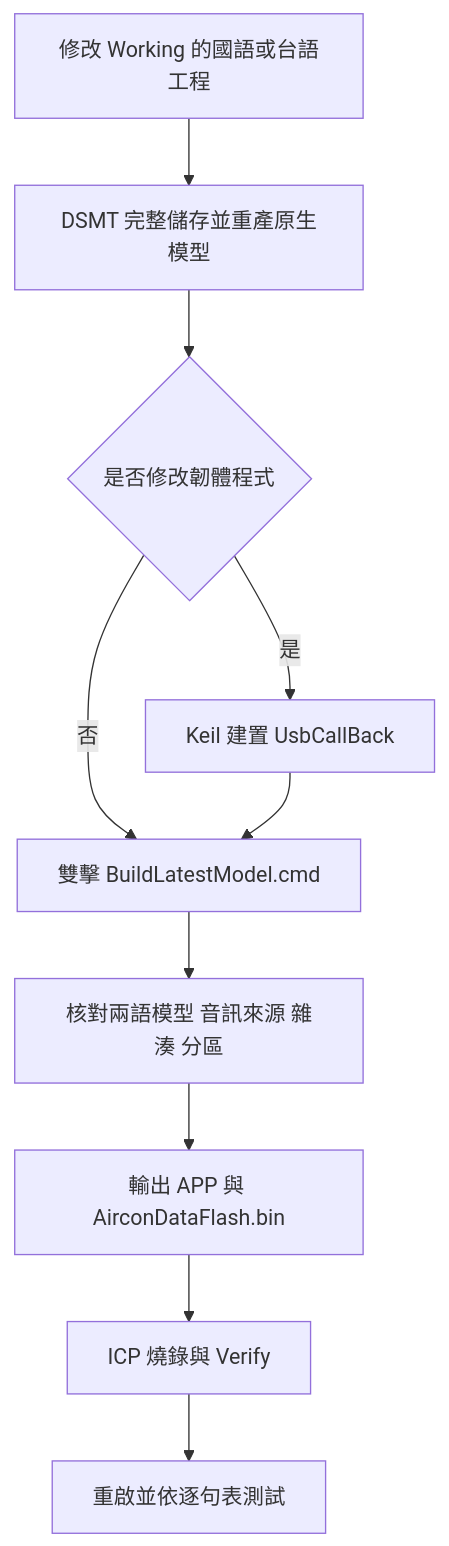
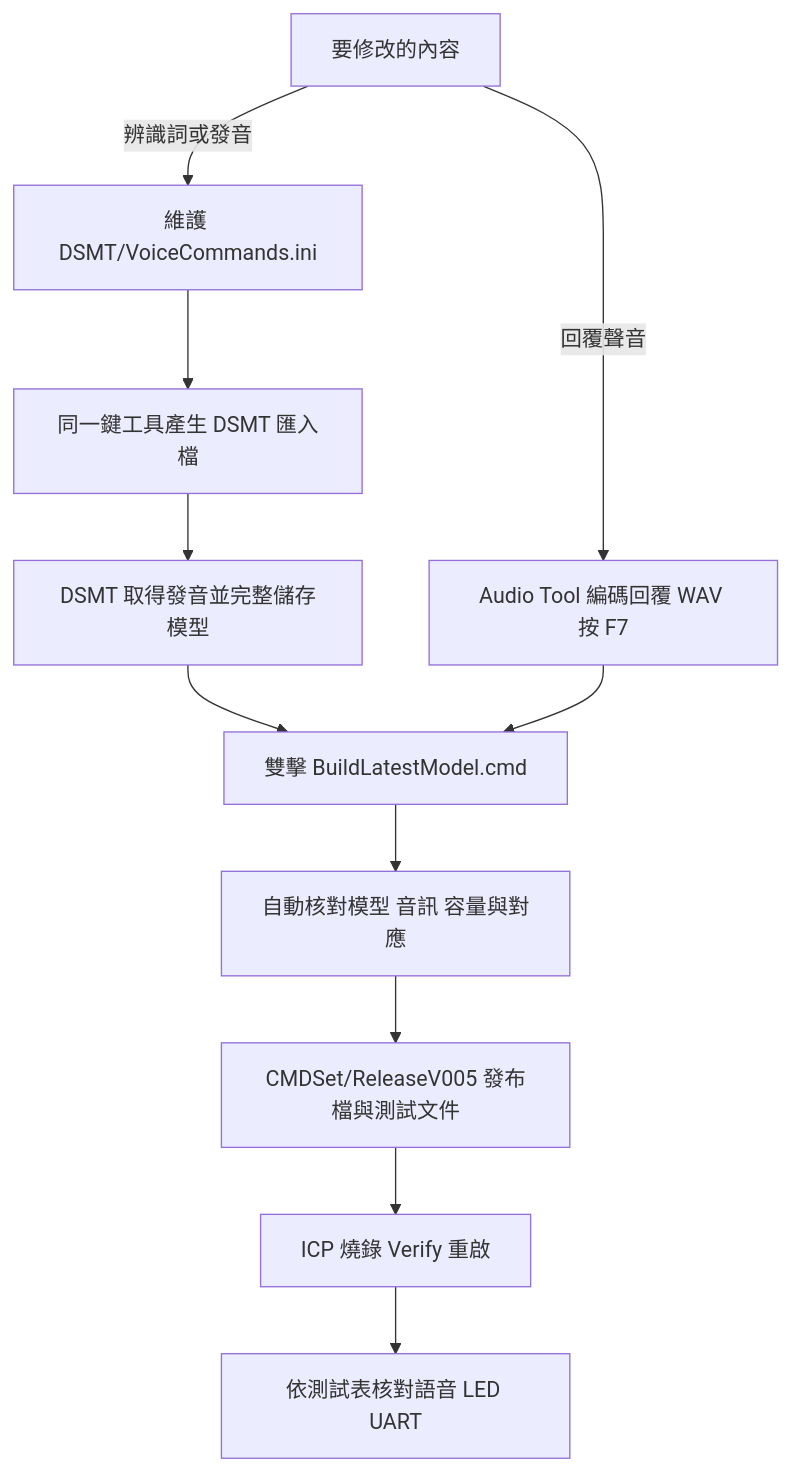
One commit to released/I94100BSP_VR_DSpotter changed the first of 3 diagrams in README.md. Above: the diagram before and after it, drawn with Mermaid. The commit also changed other lines of this file and 161 other files, not shown here.

````diff
--- a/README.md
+++ b/README.md
@@ -302,12 +22,13 @@
 ```mermaid
 flowchart TD
-    Edit["修改 Working 的國語或台語工程"] --> Save["DSMT 完整儲存並重產原生模型"]
-    Save --> Changed{"是否修改韌體程式"}
-    Changed -->|是| Keil["Keil 建置 UsbCallBack"]
-    Changed -->|否| Pack["雙擊 BuildLatestModel.cmd"]
-    Keil --> Pack
-    Pack --> Check["核對兩語模型 音訊來源 雜湊 分區"]
-    Check --> Files["輸出 APP 與 AirconDataFlash.bin"]
-    Files --> Program["ICP 燒錄與 Verify"]
-    Program --> Test["重啟並依逐句表測試"]
+    Work["要修改的內容"] -->|辨識詞或發音| INI["維護 DSMT/VoiceCommands.ini"]
+    INI --> Import["同一鍵工具產生 DSMT 匯入檔"]
+    Import --> DSMT["DSMT 取得發音並完整儲存模型"]
+    Work -->|回覆聲音| Audio["Audio Tool 編碼回覆 WAV 按 F7"]
+    DSMT --> Build["雙擊 BuildLatestModel.cmd"]
+    Audio --> Build
+    Build --> Check["自動核對模型 音訊 容量與對應"]
+    Check --> Output["CMDSet/ReleaseV005 發布檔與測試文件"]
+    Output --> Flash["ICP 燒錄 Verify 重啟"]
+    Flash --> Test["依測試表核對語音 LED UART"]
 ```
````
